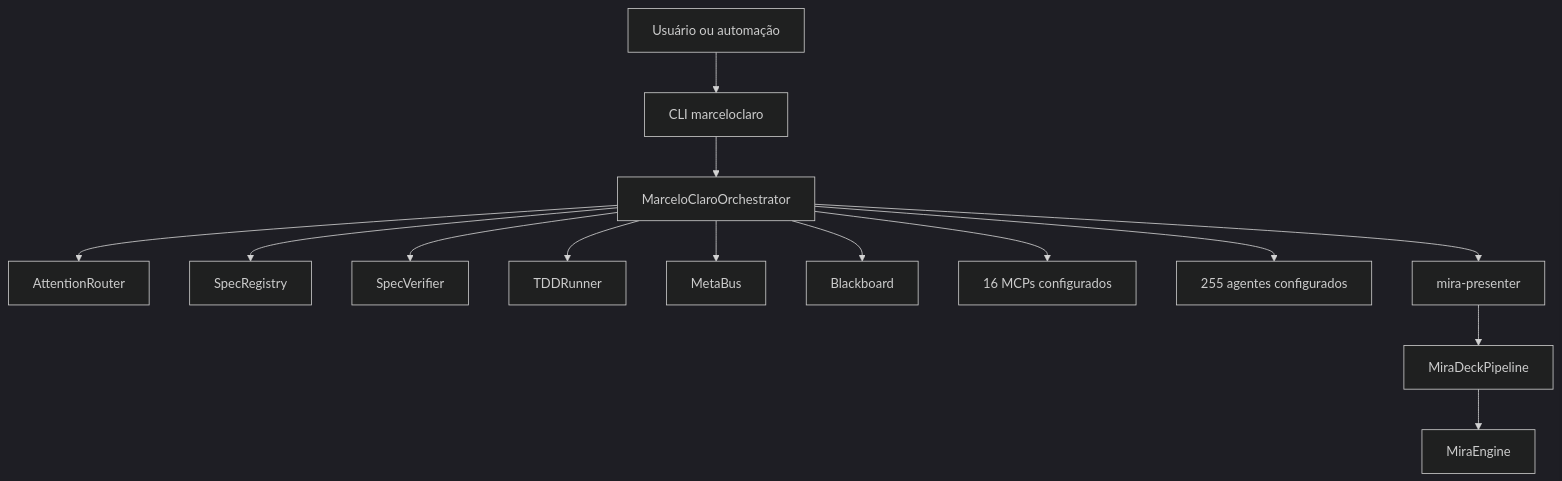
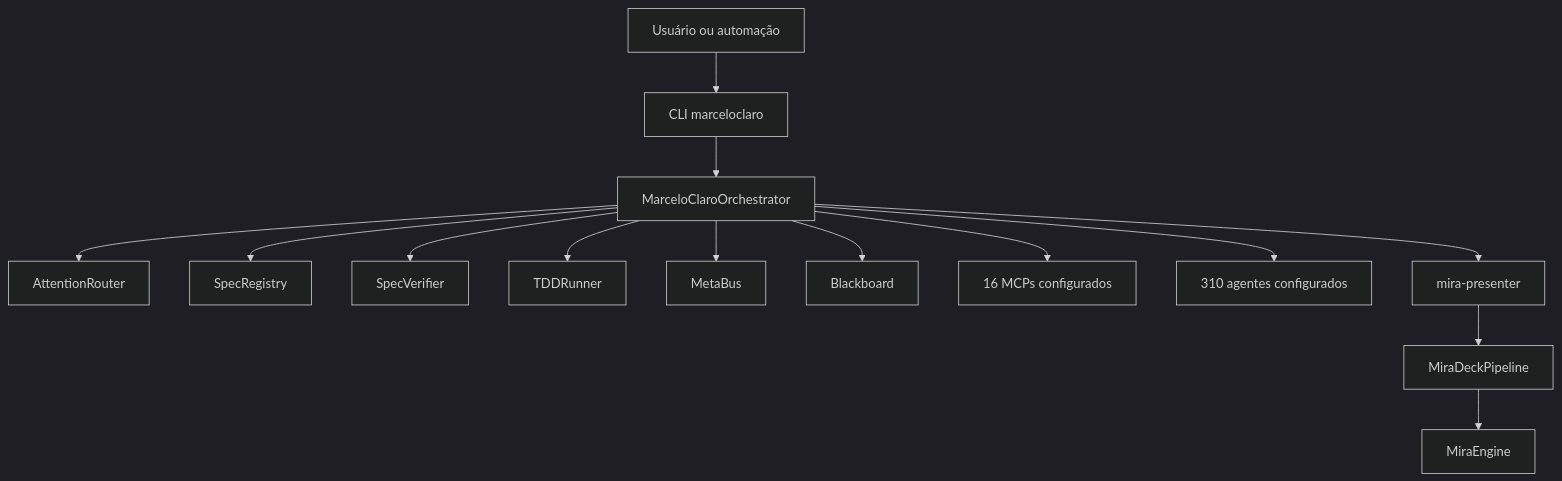
The third of 20 diagrams in README.md (MarceloClaro/opencode-ecosystem-core), drawn with Mermaid (dark theme) before and after one commit. The commit also changed other lines of this file and 106 other files, not shown here.

````diff
--- a/README.md
+++ b/README.md
@@ -424,16 +461,16 @@
 ```mermaid
 flowchart TB
     Usuario2[Usuário ou automação] --> CLI2[CLI marceloclaro]
     CLI2 --> Orq2[MarceloClaroOrchestrator]
     Orq2 --> Router[AttentionRouter]
     Orq2 --> SpecRegistry2[SpecRegistry]
     Orq2 --> SpecVerifier2[SpecVerifier]
     Orq2 --> TDDRunner2[TDDRunner]
     Orq2 --> MetaBus2[MetaBus]
     Orq2 --> Blackboard2[Blackboard]
     Orq2 --> MCP2[16 MCPs configurados]
-    Orq2 --> Agents2[255 agentes configurados]
+    Orq2 --> Agents2[310 agentes configurados]
     Orq2 --> Mira2[mira-presenter]
     Mira2 --> Deck2[MiraDeckPipeline]
     Deck2 --> Engine2[MiraEngine]
 ```
````
